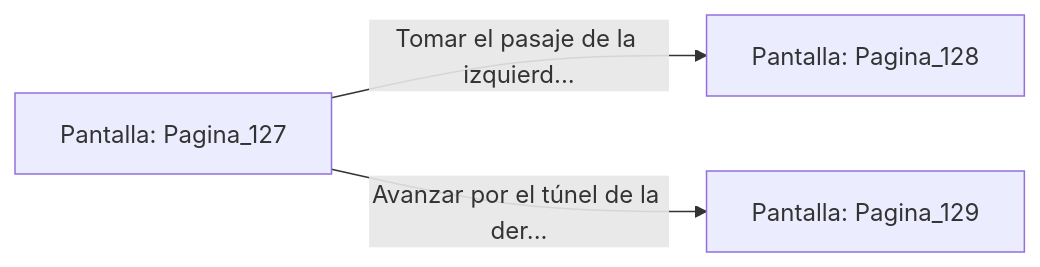
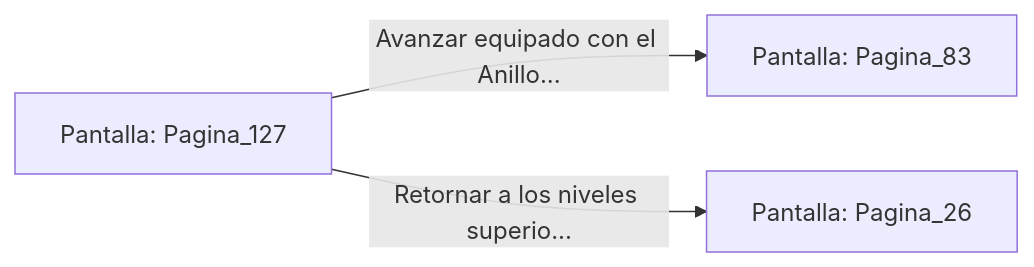
One commit to metsuke/mpl changed the diagram in sample/eligejuego-vault/Pantalla_Pagina_127.md. Above: the diagram before and after it, drawn with Mermaid. The commit also changed other lines of this file and 635 other files, not shown here.

First line of the commit message:
fix: añadir Pagina_1 como pantalla inicial en capitulo_01.mpl

````diff
--- a/sample/eligejuego-vault/Pantalla_Pagina_127.md
+++ b/sample/eligejuego-vault/Pantalla_Pagina_127.md
@@ -20,6 +24,6 @@
 ```mermaid
 graph LR
     P_Pagina_127["Pantalla: Pagina_127"]
-    P_Pagina_127 -->|"Tomar el pasaje de la izquierd..."| P_Pagina_128["Pantalla: Pagina_128"]
-    P_Pagina_127 -->|"Avanzar por el túnel de la der..."| P_Pagina_129["Pantalla: Pagina_129"]
+    P_Pagina_127 -->|"Avanzar equipado con el Anillo..."| P_Pagina_83["Pantalla: Pagina_83"]
+    P_Pagina_127 -->|"Retornar a los niveles superio..."| P_Pagina_26["Pantalla: Pagina_26"]
 ```
````
